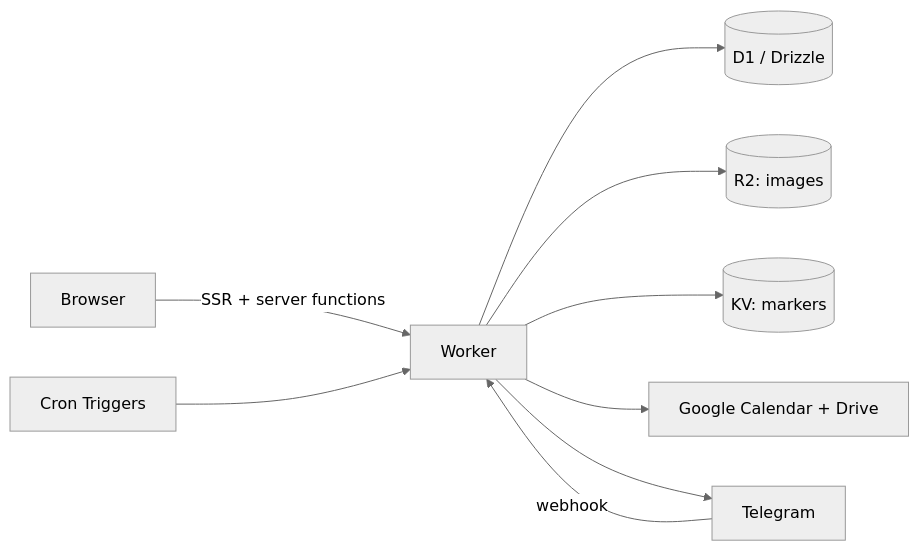
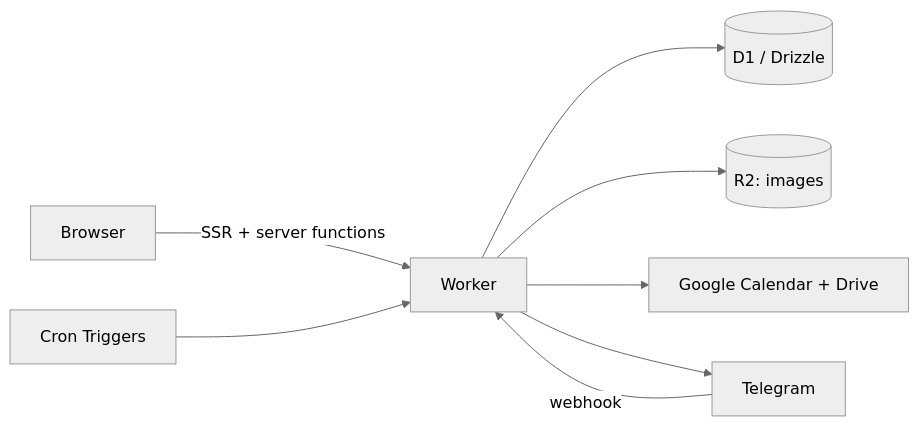
One commit to sagyzdop/meriksirat changed the diagram in README.md. Above: the diagram before and after it, drawn with Mermaid (neutral theme). The commit also changed other lines of this file and 53 other files, not shown here.

````diff
--- a/README.md
+++ b/README.md
@@ -44,11 +44,10 @@
 ```mermaid
 flowchart LR
   Browser -->|SSR + server functions| Worker
   Telegram -->|webhook| Worker
   Cron[Cron Triggers] --> Worker
   Worker --> D1[(D1 / Drizzle)]
   Worker --> R2[(R2: images)]
-  Worker --> KV[(KV: markers)]
   Worker --> Google[Google Calendar + Drive]
   Worker --> Telegram
 ```
````
